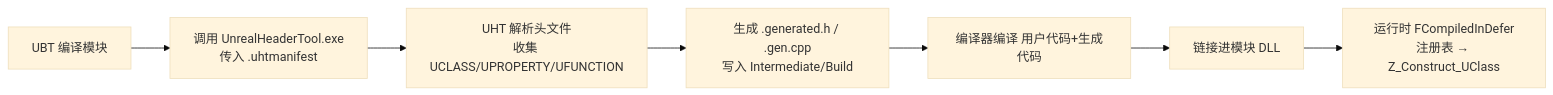
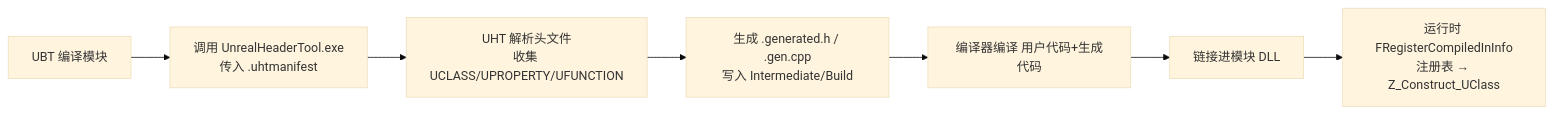
The first of 3 diagrams in 游戏知识/12-引擎源码分析/01-UPROPERTY与反射系统源码.md (fantuan812/learning), drawn with Mermaid (base theme) before and after one commit. The commit also changed other lines of this file and 17 other files, not shown here.

````diff
--- a/游戏知识/12-引擎源码分析/01-UPROPERTY与反射系统源码.md
+++ b/游戏知识/12-引擎源码分析/01-UPROPERTY与反射系统源码.md
@@ -232,9 +232,9 @@
 ```mermaid
 flowchart LR
     A["UBT 编译模块"] --> B["调用 UnrealHeaderTool.exe<br/>传入 .uhtmanifest"]
     B --> C["UHT 解析头文件<br/>收集 UCLASS/UPROPERTY/UFUNCTION"]
     C --> D["生成 .generated.h / .gen.cpp<br/>写入 Intermediate/Build"]
     D --> E["编译器编译 用户代码+生成代码"]
     E --> F["链接进模块 DLL"]
-    F --> G["运行时 FCompiledInDefer<br/>注册表 → Z_Construct_UClass"]
+    F --> G["运行时 FRegisterCompiledInInfo<br/>注册表 → Z_Construct_UClass"]
 ```
````
